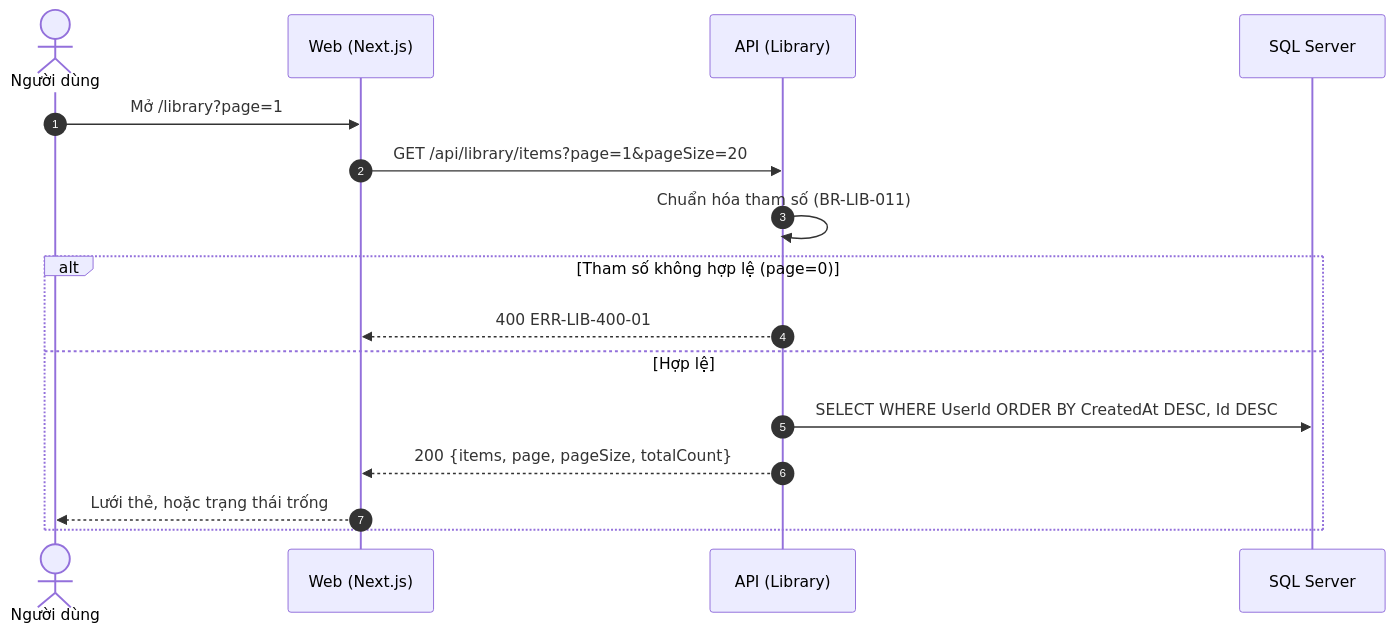
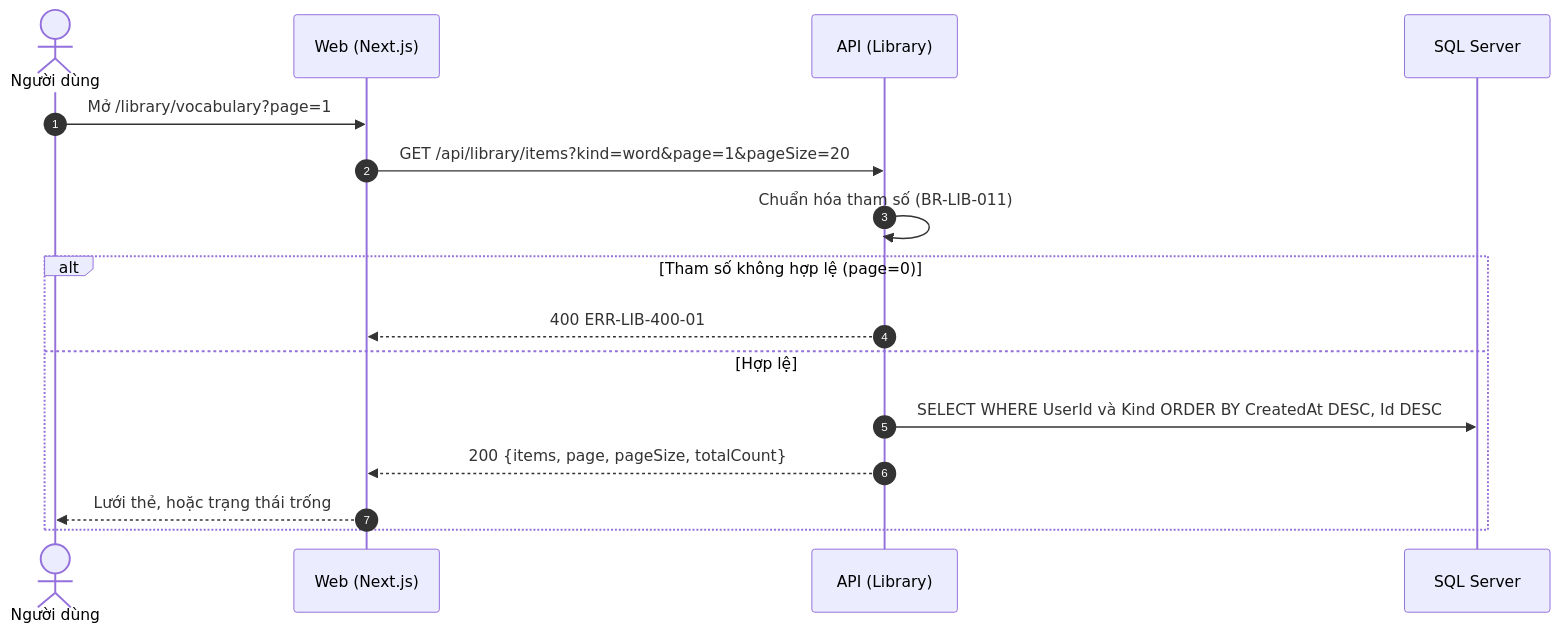
Before and after one commit to pamela172103/Lingozi: the second of 2 diagrams in docs/features/knowledge-items/srs/US-LIB-03-list-items.md, drawn with Mermaid. The commit also changed other lines of this file and 91 other files, not shown here.

````diff
--- a/docs/features/knowledge-items/srs/US-LIB-03-list-items.md
+++ b/docs/features/knowledge-items/srs/US-LIB-03-list-items.md
@@ -83,18 +85,18 @@
 ```mermaid
 sequenceDiagram
     autonumber
     actor U as Người dùng
     participant W as Web (Next.js)
     participant A as API (Library)
     participant DB as SQL Server
-    U->>W: Mở /library?page=1
-    W->>A: GET /api/library/items?page=1&pageSize=20
+    U->>W: Mở /library/vocabulary?page=1
+    W->>A: GET /api/library/items?kind=word&page=1&pageSize=20
     A->>A: Chuẩn hóa tham số (BR-LIB-011)
     alt Tham số không hợp lệ (page=0)
         A-->>W: 400 ERR-LIB-400-01
     else Hợp lệ
-        A->>DB: SELECT WHERE UserId ORDER BY CreatedAt DESC, Id DESC
+        A->>DB: SELECT WHERE UserId và Kind ORDER BY CreatedAt DESC, Id DESC
         A-->>W: 200 {items, page, pageSize, totalCount}
         W-->>U: Lưới thẻ, hoặc trạng thái trống
     end
 ```
````
